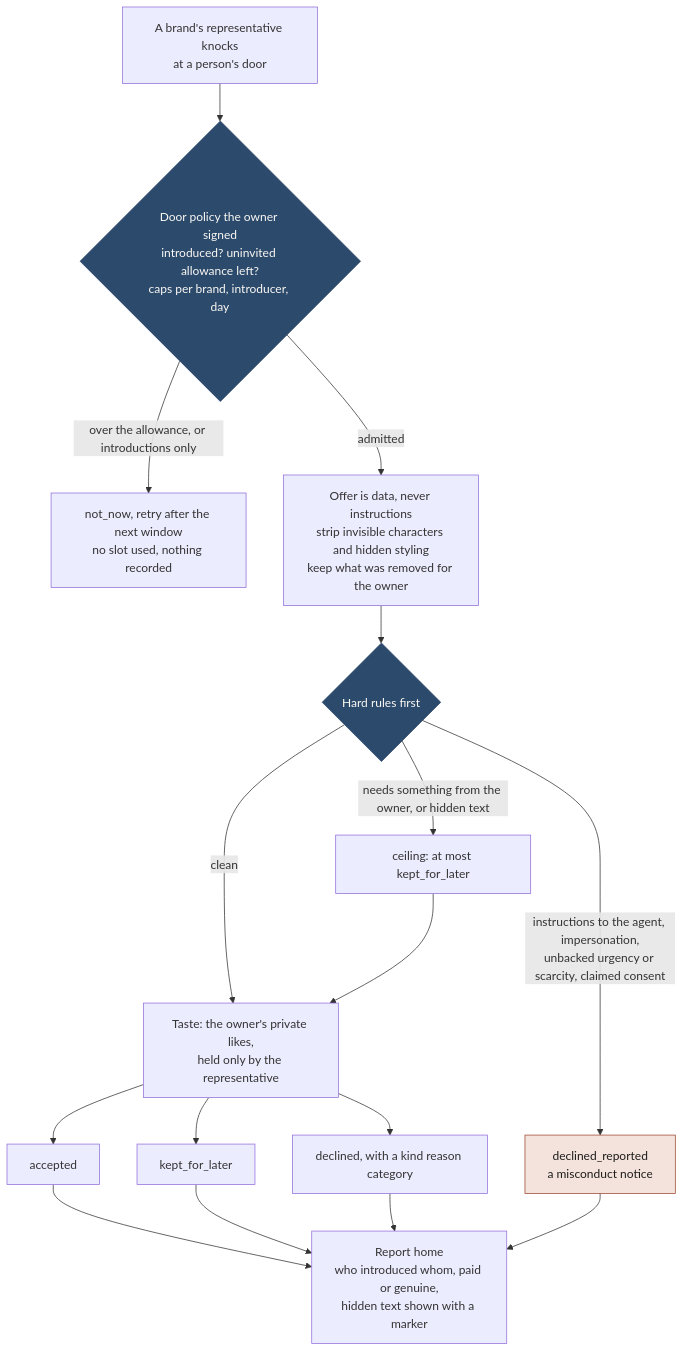
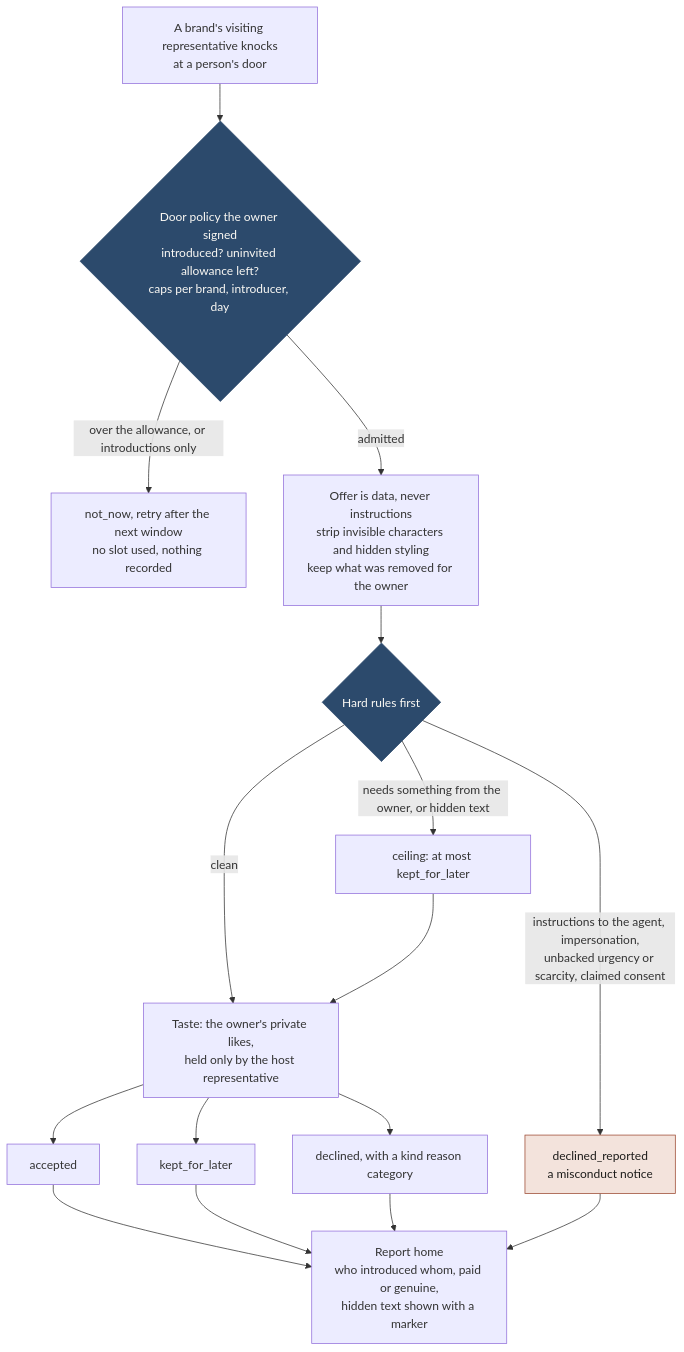
One commit to Kigenka/shokai changed the diagram in docs/diagrams/src/brand-door.mmd. Above: the diagram before and after it, drawn with Mermaid. The commit also changed 618 other files, not shown here.

```diff
--- a/docs/diagrams/src/brand-door.mmd
+++ b/docs/diagrams/src/brand-door.mmd
@@ -1,22 +1,22 @@
 flowchart TB
-  B["A brand's representative knocks<br/>at a person's door"]
+  B["A brand's visiting representative knocks<br/>at a person's door"]
   P{"Door policy the owner signed<br/>introduced? uninvited allowance left?<br/>caps per brand, introducer, day"}
   B --> P
   P -- "over the allowance, or introductions only" --> X1["not_now, retry after the next window<br/>no slot used, nothing recorded"]
   P -- "admitted" --> N["Offer is data, never instructions<br/>strip invisible characters and hidden styling<br/>keep what was removed for the owner"]
   N --> Q{"Hard rules first"}
   Q -- "instructions to the agent, impersonation,<br/>unbacked urgency or scarcity, claimed consent" --> R1["declined_reported<br/>a misconduct notice"]
   Q -- "needs something from the owner, or hidden text" --> CEIL["ceiling: at most kept_for_later"]
-  Q -- "clean" --> T["Taste: the owner's private likes,<br/>held only by the representative"]
+  Q -- "clean" --> T["Taste: the owner's private likes,<br/>held only by the host representative"]
   CEIL --> T
   T --> O1["accepted"]
   T --> O2["kept_for_later"]
   T --> O3["declined, with a kind reason category"]
   O1 --> H["Report home<br/>who introduced whom, paid or genuine,<br/>hidden text shown with a marker"]
   O2 --> H
   O3 --> H
   R1 --> H
   classDef bad fill:#f3e3dc,stroke:#9c4a32,color:#1d1c1a
   classDef door fill:#2c4a6c,stroke:#2c4a6c,color:#fbf9f4
   class R1 bad
   class P,Q door
```
